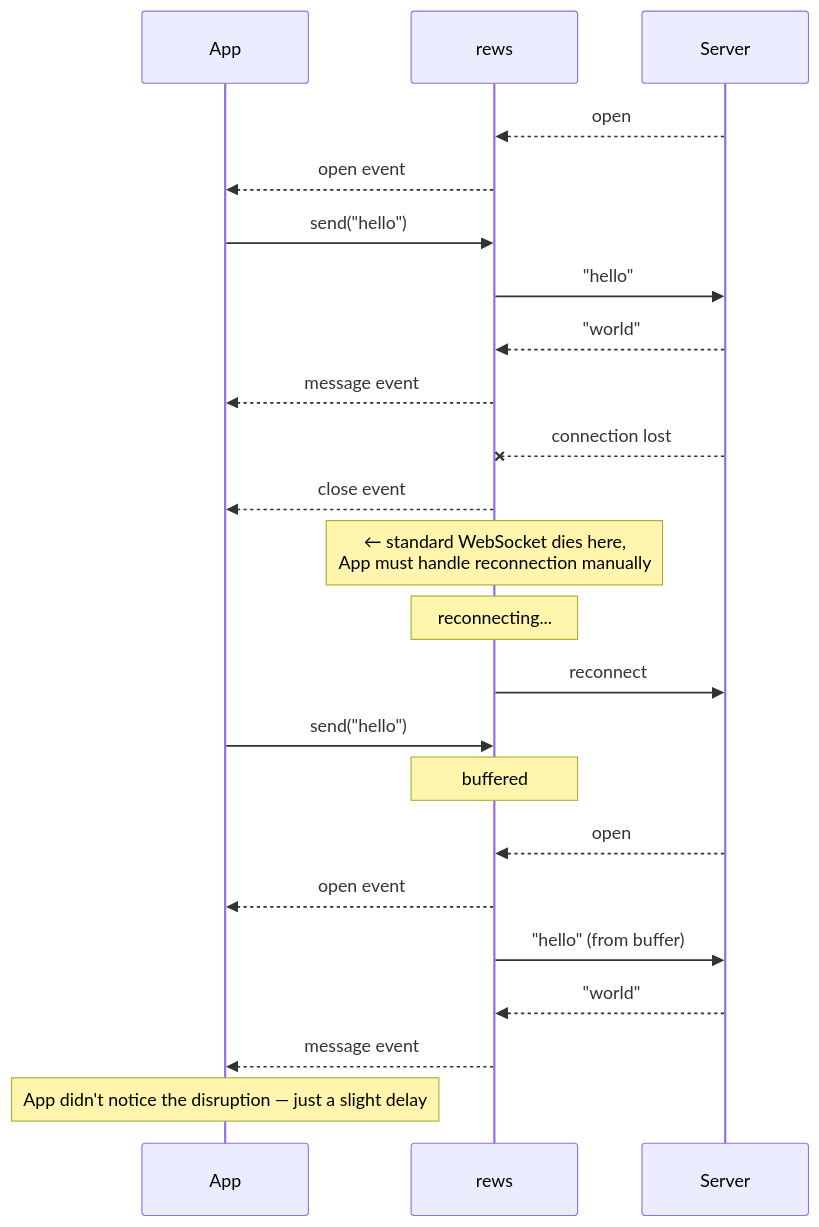
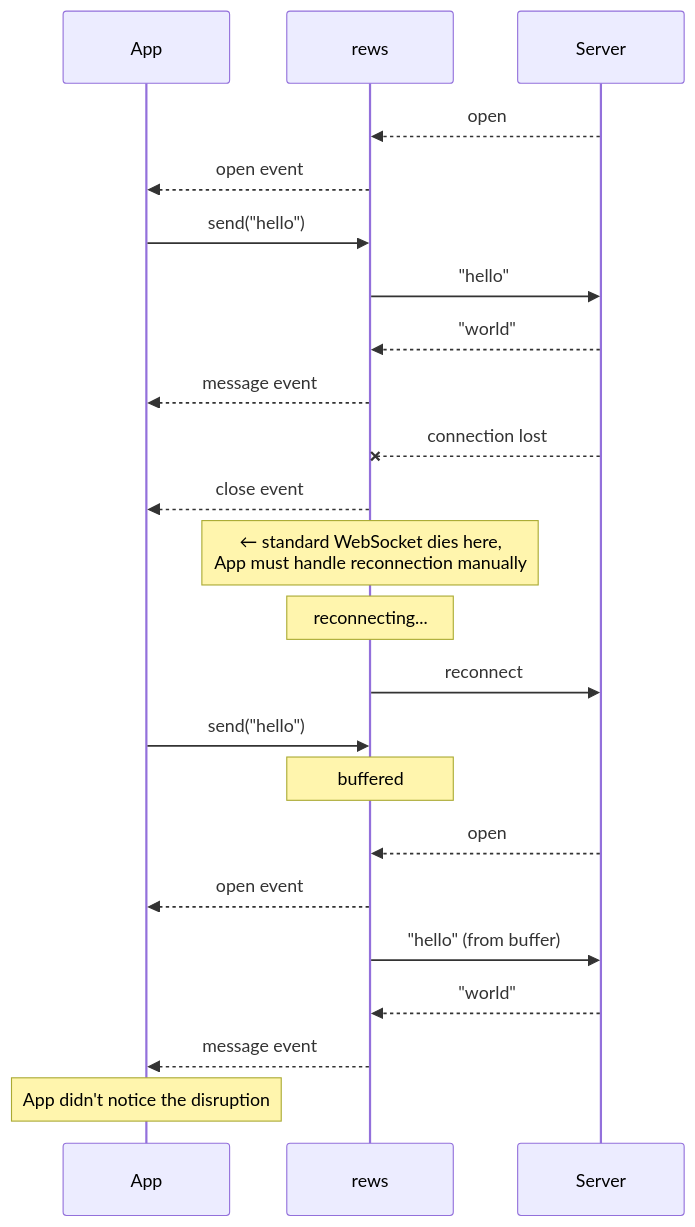
Before and after one commit to nktkas/rews: the diagram in README.md, drawn with Mermaid. The commit also changed other lines of this file and 1 other file, not shown here.

````diff
--- a/README.md
+++ b/README.md
@@ -52,32 +52,32 @@
 ```mermaid
 sequenceDiagram
     participant App
     participant rews
     participant Server
 
     Server-->>rews: open  
     rews-->>App: open event
 
     App->>rews: send("hello")
     rews->>Server: "hello"
     Server-->>rews: "world"
     rews-->>App: message event
 
     Server--xrews: connection lost
     rews-->>App: close event
     Note over rews: ← standard WebSocket dies here,<br/>App must handle reconnection manually
 
     Note over rews: reconnecting...
     rews->>Server: reconnect
 
     App->>rews: send("hello")
     Note over rews: buffered
 
     Server-->>rews: open
     rews-->>App: open event
     rews->>Server: "hello" (from buffer)
     Server-->>rews: "world"
     rews-->>App: message event
 
-    Note over App: App didn't notice the disruption — just a slight delay
+    Note over App: App didn't notice the disruption
 ```
````
